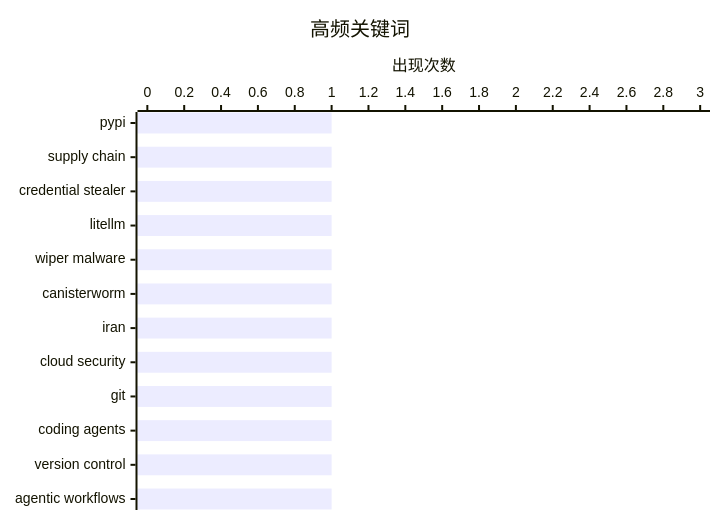
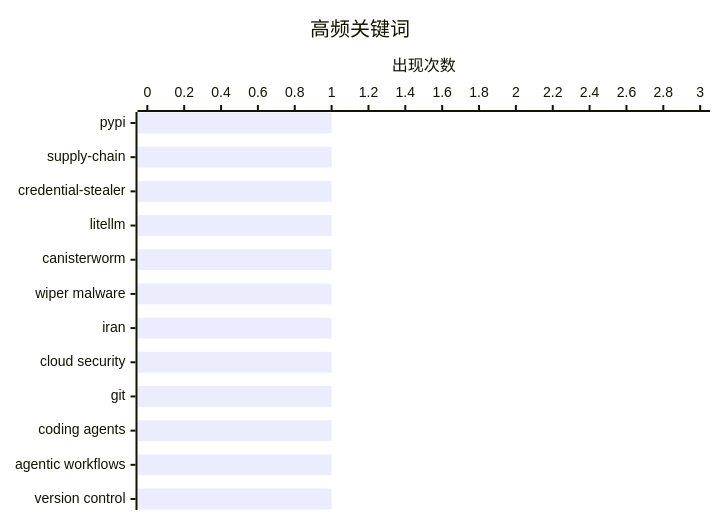
One commit to originem0/SZBlog changed the second of 2 diagrams in content/ai-daily/2026-03-21.md. Above: the diagram before and after it, drawn with Mermaid. The commit also changed other lines of this file, not shown here.

````diff
--- a/content/ai-daily/2026-03-21.md
+++ b/content/ai-daily/2026-03-21.md
@@ -67,7 +67,7 @@
 ```mermaid
 xychart-beta horizontal
     title "高频关键词"
-    x-axis ["pypi", "supply chain", "credential stealer", "litellm", "wiper malware", "canisterworm", "iran", "cloud security", "git", "coding agents", "version control", "agentic workflows"]
+    x-axis ["pypi", "supply-chain", "credential-stealer", "litellm", "canisterworm", "wiper malware", "iran", "cloud security", "git", "coding agents", "agentic workflows", "version control"]
     y-axis "出现次数" 0 --> 3
     bar [1, 1, 1, 1, 1, 1, 1, 1, 1, 1, 1, 1]
 ```
````
